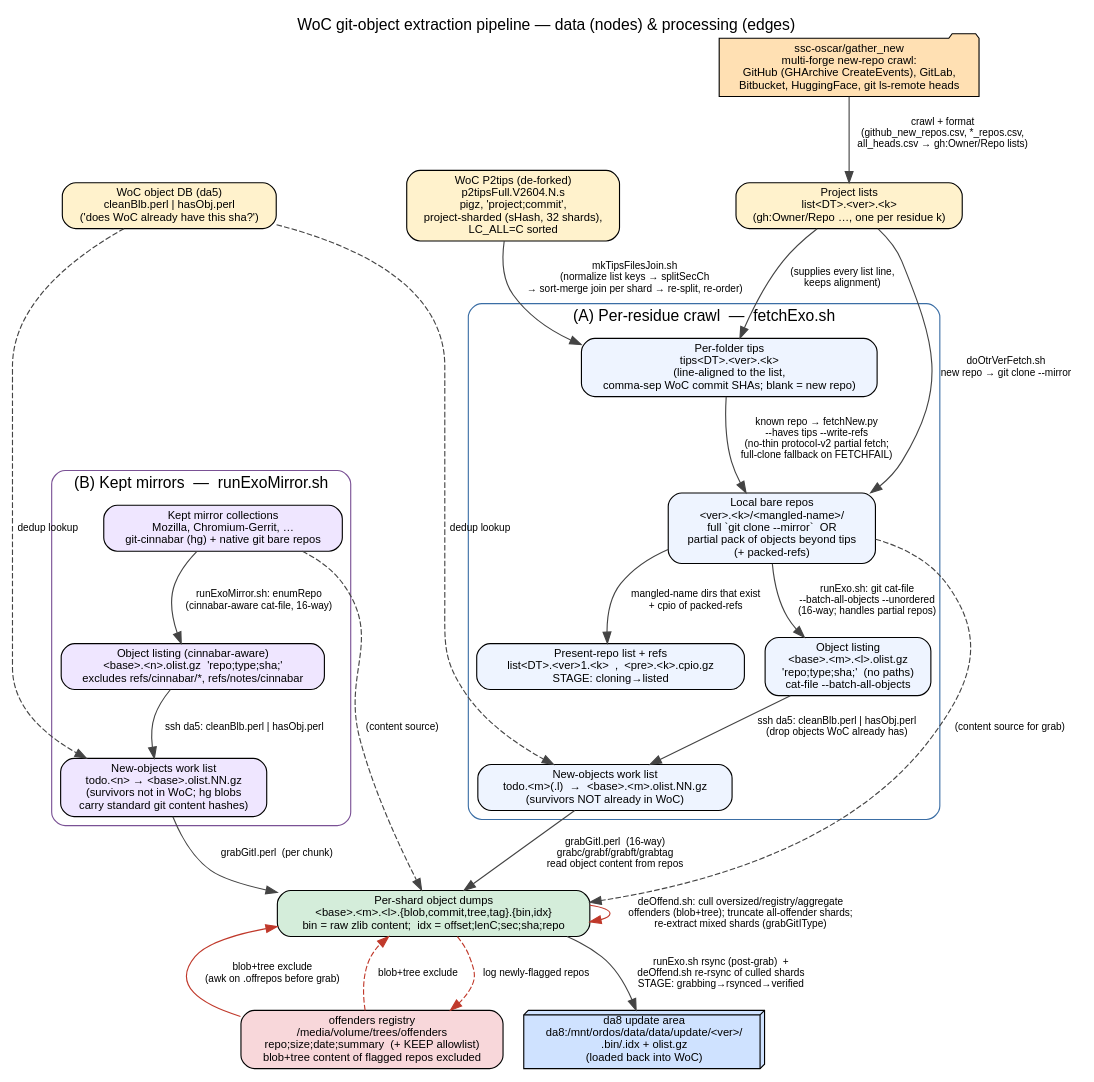
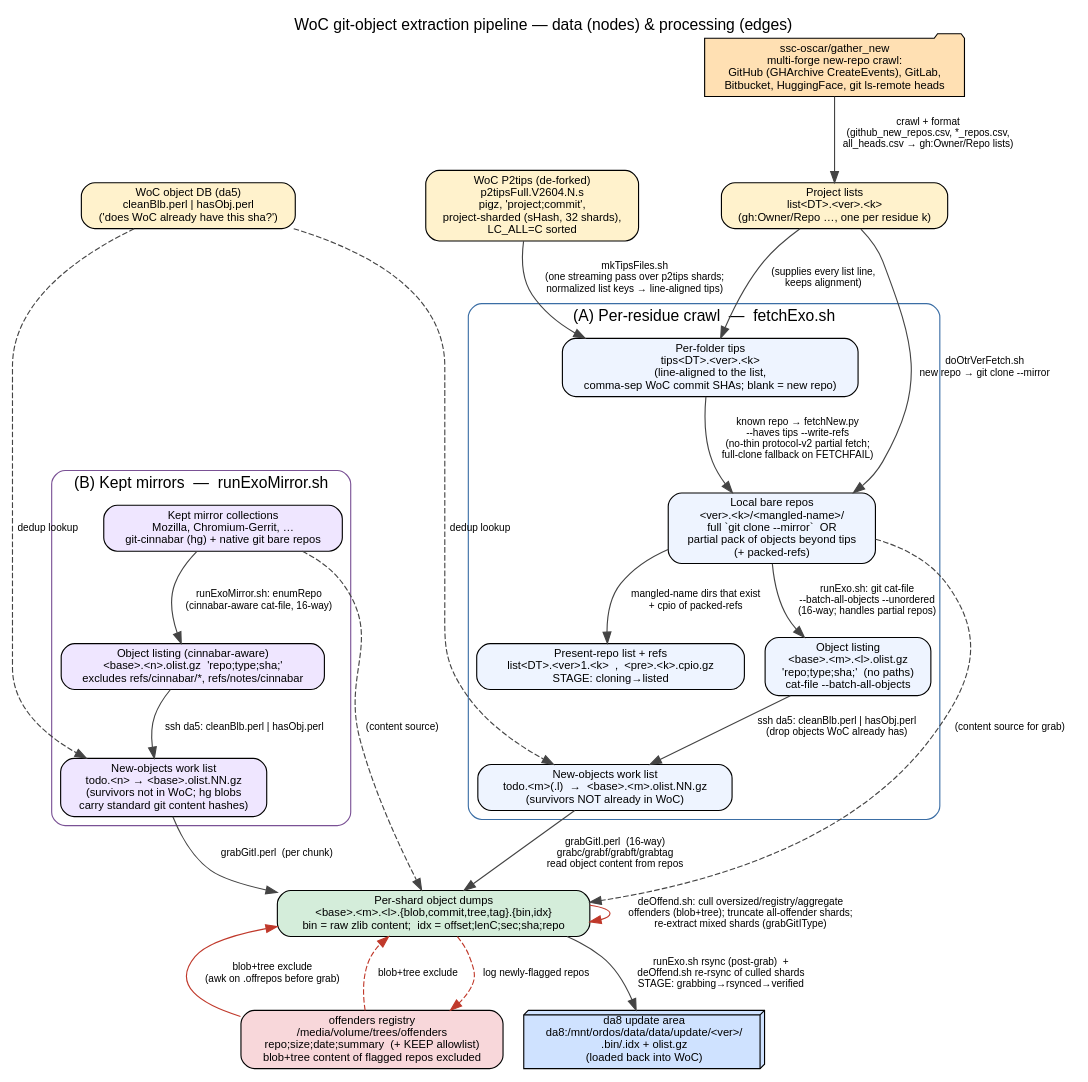
Before and after one commit to ssc-oscar/libgit2-woc: the diagram in woc/pipeline.dot, drawn with Graphviz. The commit also changed 2 other files, not shown here.

Commit message:
woc/pipeline.dot: tips-alignment edge -> mkTipsFiles.sh (re-rendered png/svg)

```diff
--- a/woc/pipeline.dot
+++ b/woc/pipeline.dot
@@ -1,114 +1,114 @@
 // WoC git-object-extraction pipeline (Jetstream2)
 // NODES = data artifacts (boxes).  EDGES = processing steps (labelled with the
 // script / tool that consumes the source node and produces the target node).
 //
 // Two ingest fronts feed the same sink (da8 update area, which is loaded back
 // into WoC):
 //   (A) per-residue web crawl     : fetchExo.sh  = doOtrVerFetch.sh + runExo.sh
 //   (B) kept large mirrors (hg+git): runExoMirror.sh  (Mozilla, Chromium-Gerrit)
 //
 // Render:  dot -Tpng pipeline.dot -o pipeline.png   (or -Tsvg)
 
 digraph WoC_pipeline {
   rankdir=TB;
   labelloc="t";
   fontname="Helvetica";
   label="WoC git-object extraction pipeline — data (nodes) & processing (edges)";
   node  [shape=box, style="rounded,filled", fontname="Helvetica", fontsize=10, fillcolor="#eef4ff"];
   edge  [fontname="Helvetica", fontsize=9, color="#444444"];
 
   // ---------------------------------------------------------------- external/upstream WoC data
   subgraph cluster_woc {
     label="Upstream WoC data (read-only inputs)";
     style="rounded,dashed"; color="#888888"; fontname="Helvetica";
     node [fillcolor="#fff2cc"];
 
     P2tips   [label="WoC P2tips (de-forked)\np2tipsFull.V2604.N.s\npigz, 'project;commit',\nproject-sharded (sHash, 32 shards),\nLC_ALL=C sorted"];
     ProjList [label="Project lists\nlist<DT>.<ver>.<k>\n(gh:Owner/Repo …, one per residue k)"];
     WoCDB    [label="WoC object DB (da5)\ncleanBlb.perl | hasObj.perl\n('does WoC already have this sha?')"];
   }
 
   // ---------------------------------------------------------------- list provenance (separate repo)
   GatherNew [label="ssc-oscar/gather_new\nmulti-forge new-repo crawl:\nGitHub (GHArchive CreateEvents), GitLab,\nBitbucket, HuggingFace, git ls-remote heads",
              shape=folder, fillcolor="#ffe0b3"];
   GatherNew -> ProjList [label="crawl + format\n(github_new_repos.csv, *_repos.csv,\nall_heads.csv → gh:Owner/Repo lists)"];
 
   // ---------------------------------------------------------------- offenders registry (read+write)
   Offenders [label="offenders registry\n/media/volume/trees/offenders\nrepo;size;date;summary  (+ KEEP allowlist)\nblob+tree content of flagged repos excluded",
              fillcolor="#f8d7da"];
 
   // ================================================================ FRONT A: per-residue crawl
   subgraph cluster_A {
     label="(A) Per-residue crawl  —  fetchExo.sh";
     style="rounded"; color="#3b6ea5"; fontname="Helvetica";
 
     // ---- tips alignment
     TipsFiles [label="Per-folder tips\ntips<DT>.<ver>.<k>\n(line-aligned to the list,\ncomma-sep WoC commit SHAs; blank = new repo)"];
 
     // ---- local clones / partial fetches
     LocalRepos [label="Local bare repos\n<ver>.<k>/<mangled-name>/\nfull `git clone --mirror`  OR\npartial pack of objects beyond tips\n(+ packed-refs)"];
     PresentList [label="Present-repo list + refs\nlist<DT>.<ver>1.<k>  ,  <pre>.<k>.cpio.gz\nSTAGE: cloning→listed"];
 
     // ---- enumerate & dedup
     Olist [label="Object listing\n<base>.<m>.<l>.olist.gz\n'repo;type;sha;'  (no paths)\ncat-file --batch-all-objects"];
     Todo  [label="New-objects work list\ntodo.<m>(.l)  →  <base>.<m>.olist.NN.gz\n(survivors NOT already in WoC)"];
   }
 
   // ================================================================ FRONT B: kept mirrors
   subgraph cluster_B {
     label="(B) Kept mirrors  —  runExoMirror.sh";
     style="rounded"; color="#7a5195"; fontname="Helvetica";
     node [fillcolor="#efe6ff"];
 
     MirrorColl [label="Kept mirror collections\nMozilla, Chromium-Gerrit, …\ngit-cinnabar (hg) + native git bare repos"];
     OlistM [label="Object listing (cinnabar-aware)\n<base>.<n>.olist.gz  'repo;type;sha;'\nexcludes refs/cinnabar/*, refs/notes/cinnabar"];
     TodoM  [label="New-objects work list\ntodo.<n> → <base>.olist.NN.gz\n(survivors not in WoC; hg blobs\ncarry standard git content hashes)"];
   }
 
   // ---------------------------------------------------------------- shared dump + sink
   Dumps [label="Per-shard object dumps\n<base>.<m>.<l>.{blob,commit,tree,tag}.{bin,idx}\nbin = raw zlib content;  idx = offset;lenC;sec;sha;repo",
          fillcolor="#d4edda"];
 
   Da8 [label="da8 update area\nda8:/mnt/ordos/data/data/update/<ver>/\n.bin/.idx + olist.gz\n(loaded back into WoC)",
        shape=box3d, fillcolor="#cfe2ff"];
 
   // ================================================================ EDGES = processing
   // --- tips alignment
-  P2tips   -> TipsFiles [label="mkTipsFilesJoin.sh\n(normalize list keys → splitSecCh\n→ sort-merge join per shard → re-split, re-order)"];
+  P2tips   -> TipsFiles [label="mkTipsFiles.sh\n(one streaming pass over p2tips shards;\nnormalized list keys → line-aligned tips)"];
   ProjList -> TipsFiles [label="(supplies every list line,\nkeeps alignment)"];
 
   // --- clone / partial fetch  (doOtrVerFetch.sh)
   ProjList   -> LocalRepos [label="doOtrVerFetch.sh\nnew repo → git clone --mirror"];
   TipsFiles  -> LocalRepos [label="known repo → fetchNew.py\n--haves tips --write-refs\n(no-thin protocol-v2 partial fetch;\nfull-clone fallback on FETCHFAIL)"];
   LocalRepos -> PresentList [label="mangled-name dirs that exist\n+ cpio of packed-refs"];
 
   // --- enumerate (runExo.sh)
   LocalRepos -> Olist [label="runExo.sh: git cat-file\n--batch-all-objects --unordered\n(16-way; handles partial repos)"];
 
   // --- WoC dedup
   Olist -> Todo [label="ssh da5: cleanBlb.perl | hasObj.perl\n(drop objects WoC already has)"];
   WoCDB -> Todo [label="dedup lookup", style=dashed];
 
   // --- grab / dump (runExo.sh → grabGitI.perl → C grabc/grabf/grabft/grabtag)
   Todo       -> Dumps [label="grabGitI.perl  (16-way)\ngrabc/grabf/grabft/grabtag\nread object content from repos"];
   LocalRepos -> Dumps [label="(content source for grab)", style=dashed];
   Offenders  -> Dumps [label="blob+tree exclude\n(awk on .offrepos before grab)", color="#c0392b"];
 
   // --- de-offend
   Dumps     -> Dumps     [label="deOffend.sh: cull oversized/registry/aggregate\noffenders (blob+tree); truncate all-offender shards;\nre-extract mixed shards (grabGitIType)", color="#c0392b"];
   Dumps     -> Offenders [label="log newly-flagged repos", color="#c0392b", style=dashed];
 
   // --- rsync to sink
   Dumps -> Da8 [label="runExo.sh rsync (post-grab)  +\ndeOffend.sh re-rsync of culled shards\nSTAGE: grabbing→rsynced→verified"];
 
   // === FRONT B edges ===
   MirrorColl -> OlistM [label="runExoMirror.sh: enumRepo\n(cinnabar-aware cat-file, 16-way)"];
   OlistM -> TodoM [label="ssh da5: cleanBlb.perl | hasObj.perl"];
   WoCDB  -> TodoM [label="dedup lookup", style=dashed];
   TodoM  -> Dumps [label="grabGitI.perl  (per chunk)"];
   Offenders -> Dumps [label="blob+tree exclude", color="#c0392b", style=dashed];
   MirrorColl -> Dumps [label="(content source)", style=dashed];
 
   // keep upstream sources at top
   { rank=same; P2tips; ProjList; WoCDB; }
 }
```
